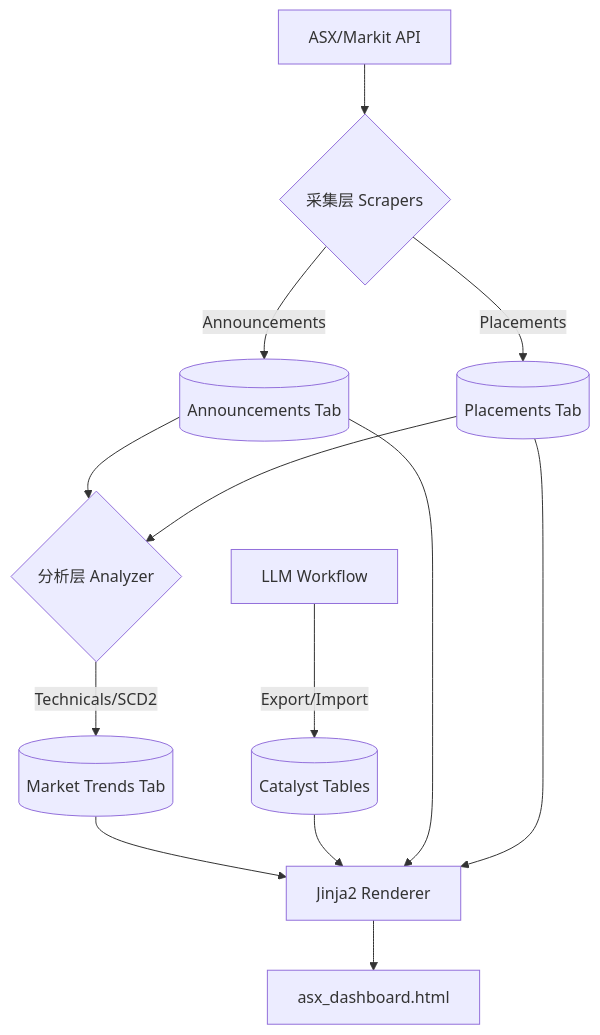
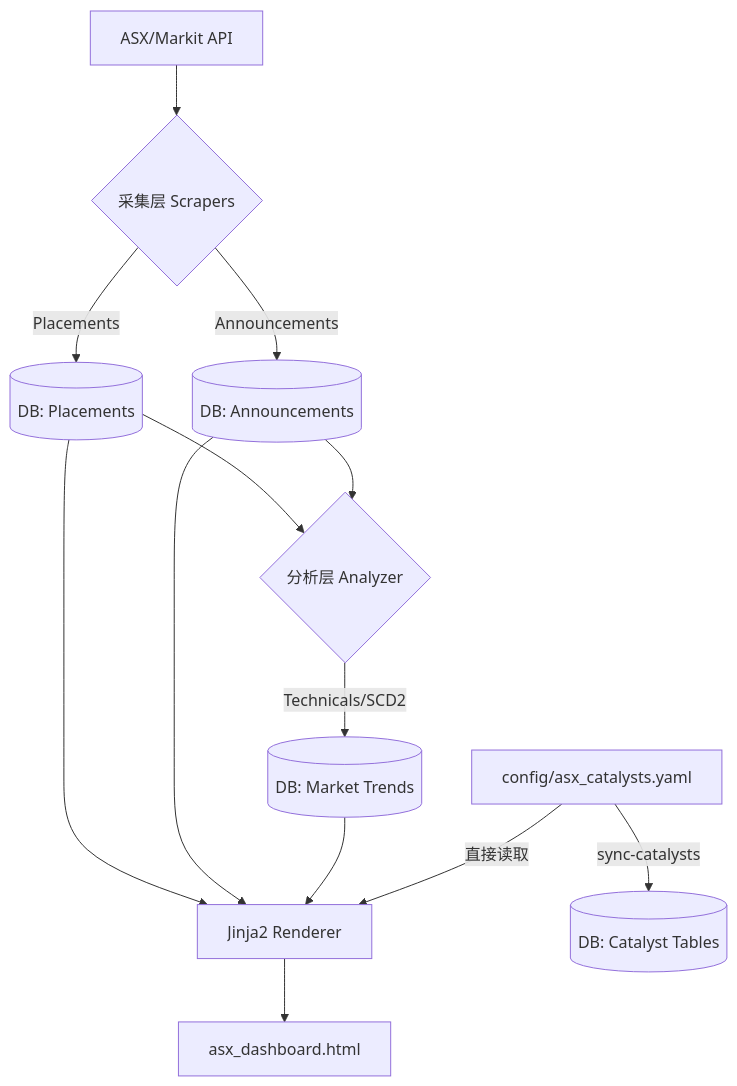
One commit to felixliu97/pythonProjects changed the diagram in ASX/README.md. Above: the diagram before and after it, drawn with Mermaid. The commit also changed other lines of this file and 8 other files, not shown here.

````diff
--- a/ASX/README.md
+++ b/ASX/README.md
@@ -12,11 +12,12 @@
 ```mermaid
 graph TD
     A[ASX/Markit API] --> B{采集层 Scrapers}
-    B -->|Announcements| C[(Announcements Tab)]
-    B -->|Placements| D[(Placements Tab)]
+    B -->|Announcements| C[(DB: Announcements)]
+    B -->|Placements| D[(DB: Placements)]
     C & D --> E{分析层 Analyzer}
-    E -->|Technicals/SCD2| F[(Market Trends Tab)]
-    G[LLM Workflow] -->|Export/Import| H[(Catalyst Tables)]
-    F & H & C & D --> I[Jinja2 Renderer]
+    E -->|Technicals/SCD2| F[(DB: Market Trends)]
+    Y[config/asx_catalysts.yaml] -->|直接读取| I[Jinja2 Renderer]
+    Y -->|sync-catalysts| H[(DB: Catalyst Tables)]
+    F & C & D --> I
     I --> J[asx_dashboard.html]
 ```
````
